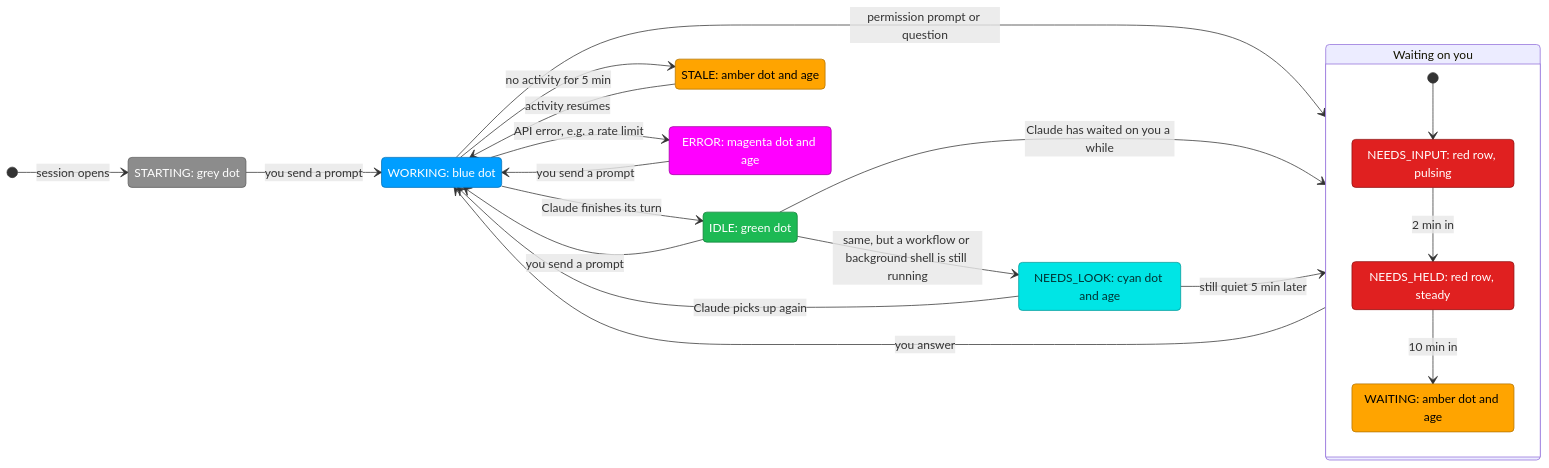
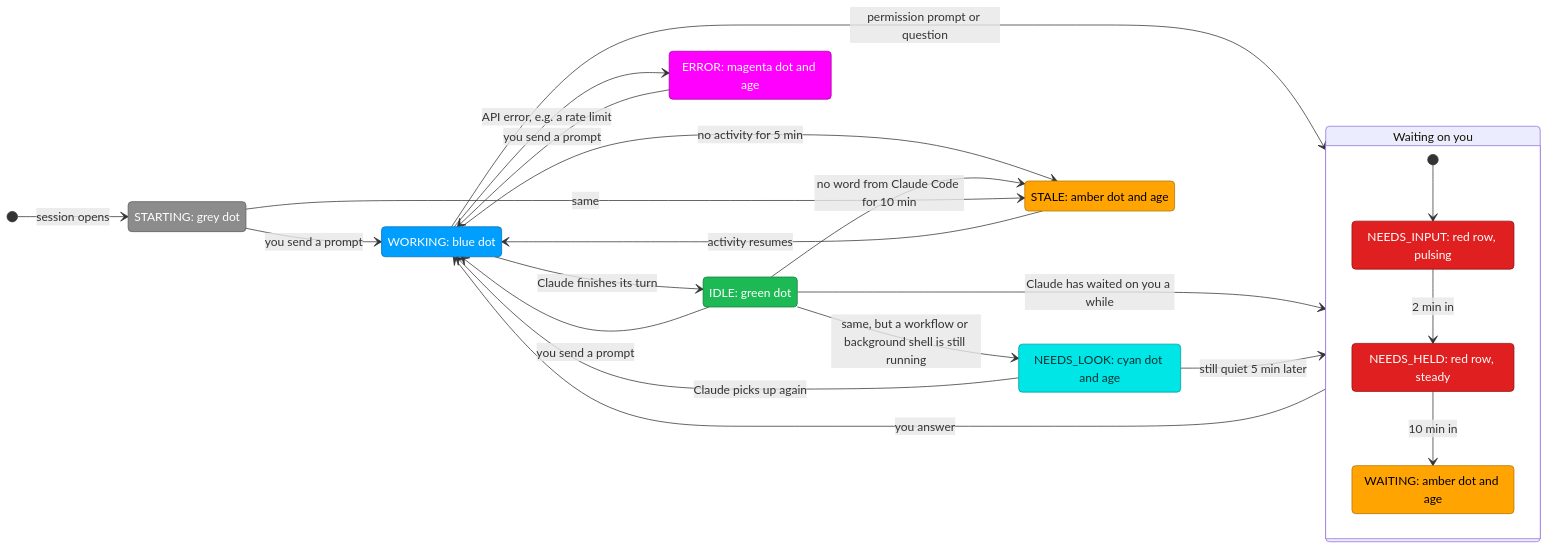
Before and after one commit to kuvychko/session-beacon: the second of 2 diagrams in README.md, drawn with Mermaid. The commit also changed other lines of this file and 6 other files, not shown here.

First line of the commit message:
Send a silent idle session to stale instead of showing it green for a day

````diff
--- a/README.md
+++ b/README.md
@@ -123,48 +123,50 @@
 ```mermaid
 stateDiagram-v2
     direction LR
     state "STARTING: grey dot" as STARTING
     state "WORKING: blue dot" as WORKING
     state "IDLE: green dot" as IDLE
     state "NEEDS_LOOK: cyan dot and age" as NEEDS_LOOK
     state "STALE: amber dot and age" as STALE
     state "ERROR: magenta dot and age" as ERROR
     state "Waiting on you" as ASK {
         state "NEEDS_INPUT: red row, pulsing" as NEEDS_INPUT
         state "NEEDS_HELD: red row, steady" as NEEDS_HELD
         state "WAITING: amber dot and age" as WAITING
         [*] --> NEEDS_INPUT
         NEEDS_INPUT --> NEEDS_HELD: 2 min in
         NEEDS_HELD --> WAITING: 10 min in
     }
 
     [*] --> STARTING: session opens
     STARTING --> WORKING: you send a prompt
     IDLE --> WORKING: you send a prompt
     ERROR --> WORKING: you send a prompt
     WORKING --> IDLE: Claude finishes its turn
     WORKING --> ERROR: API error, e.g. a rate limit
     WORKING --> STALE: no activity for 5 min
+    IDLE --> STALE: no word from Claude Code for 10 min
+    STARTING --> STALE: same
     STALE --> WORKING: activity resumes
     WORKING --> ASK: permission prompt or question
     IDLE --> ASK: Claude has waited on you a while
     IDLE --> NEEDS_LOOK: same, but a workflow or background shell is still running
     NEEDS_LOOK --> WORKING: Claude picks up again
     NEEDS_LOOK --> ASK: still quiet 5 min later
     ASK --> WORKING: you answer
 
     classDef grey fill:#8c8c8c,stroke:#5c5c5c,color:#fff
     classDef blue fill:#009eff,stroke:#0070b8,color:#fff
     classDef green fill:#1db954,stroke:#12803a,color:#fff
     classDef cyan fill:#00e5e5,stroke:#009999,color:#003333
     classDef red fill:#e02020,stroke:#901010,color:#fff
     classDef amber fill:#ffa400,stroke:#b37300,color:#000
     classDef magenta fill:#ff00ff,stroke:#a000a0,color:#fff
     class STARTING grey
     class WORKING blue
     class IDLE green
     class NEEDS_LOOK cyan
     class NEEDS_INPUT,NEEDS_HELD red
     class WAITING,STALE amber
     class ERROR magenta
 ```
````
